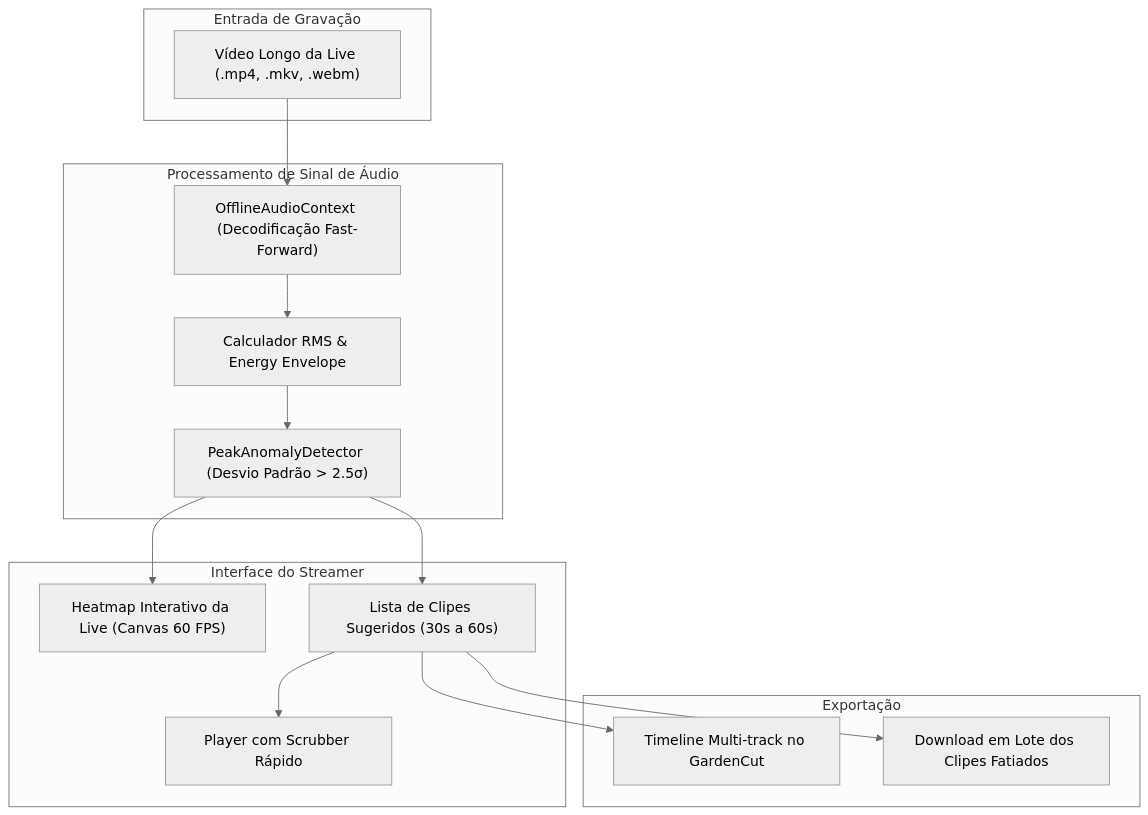
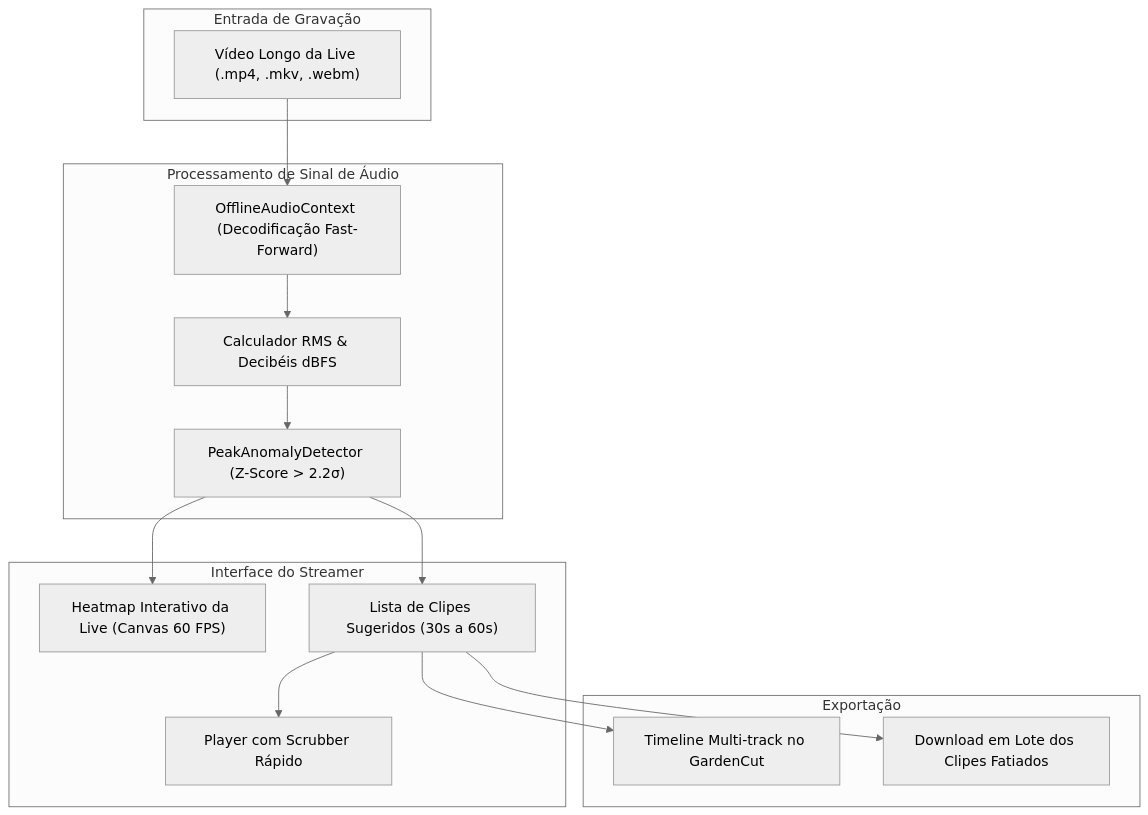
One commit to FelipeGardenghiDev/garden-stream-highlights changed the diagram in README.md. Above: the diagram before and after it, drawn with Mermaid (neutral theme). The commit also changed other lines of this file and 5 other files, not shown here.

````diff
--- a/README.md
+++ b/README.md
@@ -27,30 +35,30 @@
 ```mermaid
 flowchart TD
     subgraph Input ["Entrada de Gravação"]
         VOD["Vídeo Longo da Live (.mp4, .mkv, .webm)"]
     end
 
     subgraph AudioEngine ["Processamento de Sinal de Áudio"]
         OFFLINE_CTX["OfflineAudioContext (Decodificação Fast-Forward)"]
-        RMS["Calculador RMS & Energy Envelope"]
-        PEAKS["PeakAnomalyDetector (Desvio Padrão > 2.5σ)"]
+        RMS["Calculador RMS & Decibéis dBFS"]
+        PEAKS["PeakAnomalyDetector (Z-Score > 2.2σ)"]
     end
 
     subgraph Visualizer ["Interface do Streamer"]
         HEATMAP["Heatmap Interativo da Live (Canvas 60 FPS)"]
         CLIPS_LIST["Lista de Clipes Sugeridos (30s a 60s)"]
         PREVIEW["Player com Scrubber Rápido"]
     end
 
     subgraph Export ["Exportação"]
         GARDENCUT["Timeline Multi-track no GardenCut"]
         BATCH_DOWNLOAD["Download em Lote dos Clipes Fatiados"]
     end
 
     VOD --> OFFLINE_CTX --> RMS --> PEAKS
     PEAKS --> HEATMAP
     PEAKS --> CLIPS_LIST
     CLIPS_LIST --> PREVIEW
     CLIPS_LIST --> GARDENCUT
     CLIPS_LIST --> BATCH_DOWNLOAD
 ```
````
